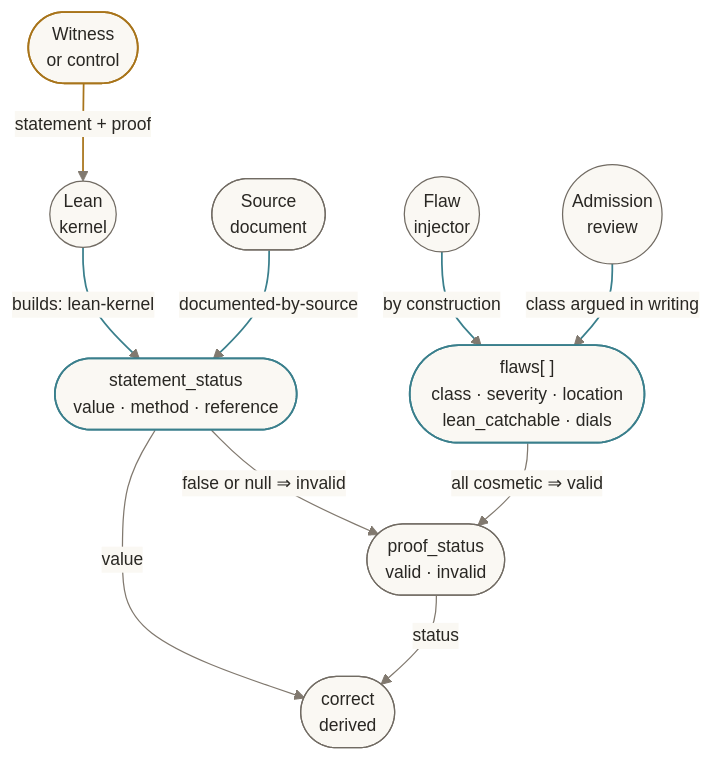
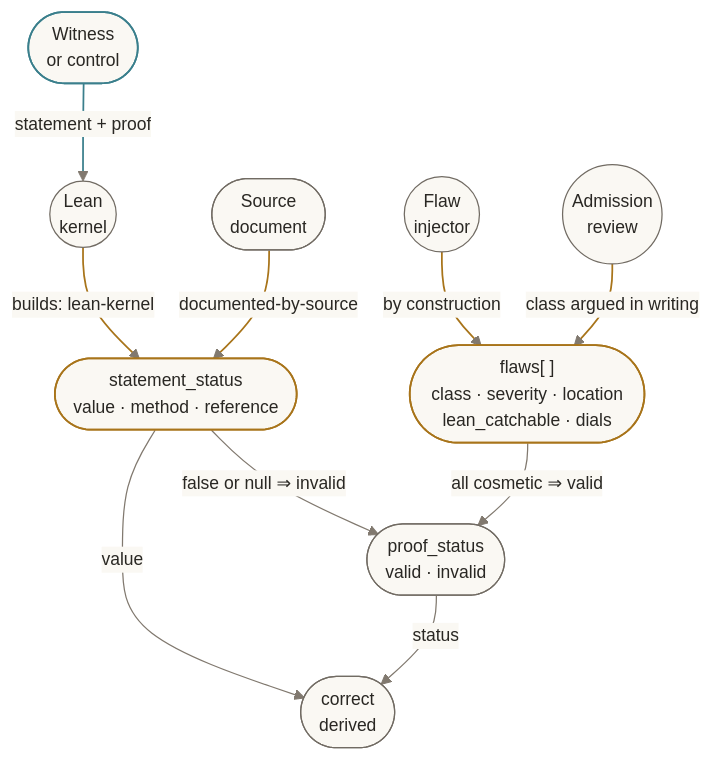
One commit to Quigles1337/Syndeom changed the fourth of 5 diagrams in README.md. Above: the diagram before and after it, drawn with Mermaid. The commit also changed other lines of this file, not shown here.

First line of the commit message:
[S2][INFRA] README: gate after record in the governance loop; teal for artifacts, ochre for truth

````diff
--- a/README.md
+++ b/README.md
@@ -226,20 +226,20 @@
 ```mermaid
 %%{init: {"theme":"base","themeVariables":{"fontFamily":"Georgia, serif","fontSize":"14px","primaryColor":"#faf8f3","primaryTextColor":"#292723","primaryBorderColor":"#716b63","lineColor":"#81796f","edgeLabelBackground":"#faf8f3"},"flowchart":{"curve":"basis","nodeSpacing":36,"rankSpacing":44,"htmlLabels":true}}}%%
 flowchart TB
     accTitle: What one artifact's ground truth holds
     accDescr: For a synthetic artifact, statement status is established by the Lean kernel building a seed witness or a grammar instance's control; for a real item, by a source document. Flaw records come from the injector by construction, or from admission review's written class argument. Proof status is valid only when every record is cosmetic, and invalid whenever the statement is false or undetermined. The correct bit is derived from the statement's value and the proof status, never authored.
-    classDef artifact fill:#faf8f3,stroke:#a8741a,color:#292723,stroke-width:1.4px;
-    classDef truth fill:#faf8f3,stroke:#3a7f8c,color:#292723,stroke-width:1.4px;
+    classDef artifact fill:#faf8f3,stroke:#3a7f8c,color:#292723,stroke-width:1.4px;
+    classDef truth fill:#faf8f3,stroke:#a8741a,color:#292723,stroke-width:1.4px;
     W(["Witness<br/>or control"]):::artifact -->|"statement + proof"| K(("Lean<br/>kernel"))
     K -->|"builds: lean-kernel"| SS(["statement_status<br/>value · method · reference"]):::truth
     SD(["Source<br/>document"]) -->|"documented-by-source"| SS
     J(("Flaw<br/>injector")) -->|"by construction"| FL(["flaws[ ]<br/>class · severity · location<br/>lean_catchable · dials"]):::truth
     RV(("Admission<br/>review")) -->|"class argued in writing"| FL
     FL -->|"all cosmetic ⇒ valid"| PS(["proof_status<br/>valid · invalid"])
     SS -->|"false or null ⇒ invalid"| PS
     SS -->|"value"| CO(["correct<br/>derived"])
     PS -->|"status"| CO
     linkStyle default stroke:#81796f,stroke-width:1px;
-    linkStyle 0 stroke:#a8741a,stroke-width:1.4px;
-    linkStyle 1,2,3,4 stroke:#3a7f8c,stroke-width:1.4px;
+    linkStyle 0 stroke:#3a7f8c,stroke-width:1.4px;
+    linkStyle 1,2,3,4 stroke:#a8741a,stroke-width:1.4px;
 ```
````
